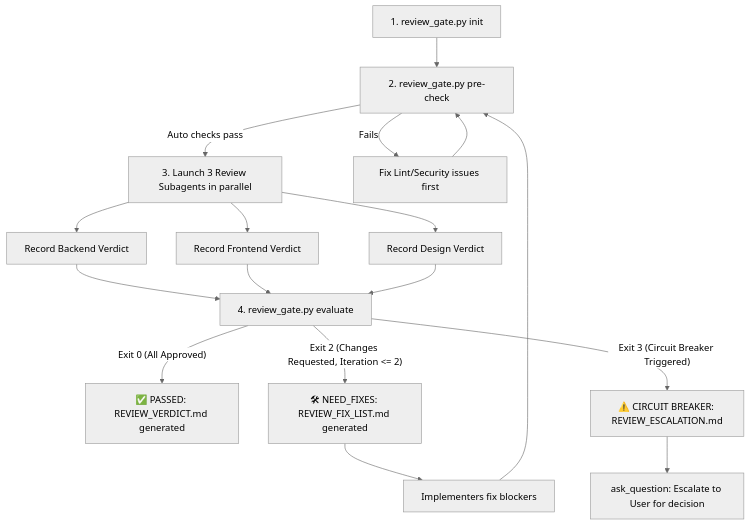
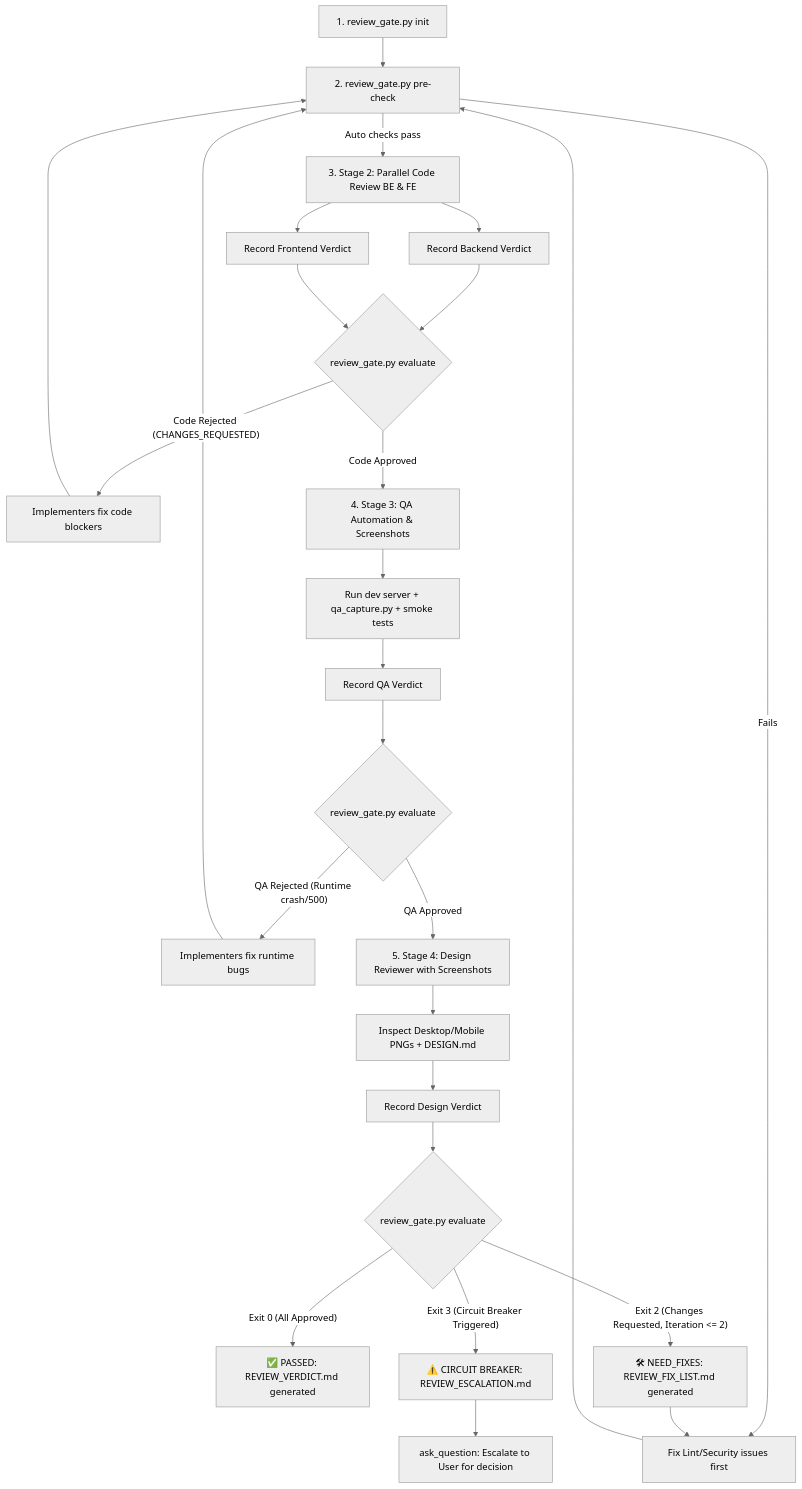
The diagram in .agents/workflows/review.md (rikwork/call-analyst), drawn with Mermaid (neutral theme) before and after one commit. The commit also changed other lines of this file and 4 other files, not shown here.

Commit message:
feat(review): implement staged 4-phase quality gate and visual capture

````diff
--- a/.agents/workflows/review.md
+++ b/.agents/workflows/review.md
@@ -28,23 +35,33 @@
 ```mermaid
 flowchart TD
     Init[1. review_gate.py init] --> PreCheck[2. review_gate.py pre-check]
-    PreCheck -- Auto checks pass --> Launch[3. Launch 3 Review Subagents in parallel]
+    PreCheck -- Auto checks pass --> CodeRev[3. Stage 2: Parallel Code Review BE & FE]
     PreCheck -- Fails --> FixAuto[Fix Lint/Security issues first]
     FixAuto --> PreCheck
 
-    Launch --> RecBE[Record Backend Verdict]
-    Launch --> RecFE[Record Frontend Verdict]
-    Launch --> RecDE[Record Design Verdict]
+    CodeRev --> RecBE[Record Backend Verdict]
+    CodeRev --> RecFE[Record Frontend Verdict]
 
-    RecBE --> Eval[4. review_gate.py evaluate]
-    RecFE --> Eval
-    RecDE --> Eval
-
-    Eval -- Exit 0 (All Approved) --> Done[✅ PASSED: REVIEW_VERDICT.md generated]
-    Eval -- Exit 2 (Changes Requested, Iteration <= 2) --> FixList[🛠 NEED_FIXES: REVIEW_FIX_LIST.md generated]
-    FixList --> FixCode[Implementers fix blockers]
+    RecBE & RecFE --> EvalCode{review_gate.py evaluate}
+    EvalCode -- Code Rejected (CHANGES_REQUESTED) --> FixCode[Implementers fix code blockers]
     FixCode --> PreCheck
 
-    Eval -- Exit 3 (Circuit Breaker Triggered) --> Escalate[⚠️ CIRCUIT BREAKER: REVIEW_ESCALATION.md]
+    EvalCode -- Code Approved --> QAStage[4. Stage 3: QA Automation & Screenshots]
+    QAStage --> QARun[Run dev server + qa_capture.py + smoke tests]
+    QARun --> RecQA[Record QA Verdict]
+
+    RecQA --> EvalQA{review_gate.py evaluate}
+    EvalQA -- QA Rejected (Runtime crash/500) --> FixQA[Implementers fix runtime bugs]
+    FixQA --> PreCheck
+
+    EvalQA -- QA Approved --> DesignStage[5. Stage 4: Design Reviewer with Screenshots]
+    DesignStage --> DesInspect[Inspect Desktop/Mobile PNGs + DESIGN.md]
+    DesInspect --> RecDesign[Record Design Verdict]
+
+    RecDesign --> EvalFinal{review_gate.py evaluate}
+    EvalFinal -- Exit 0 (All Approved) --> Done[✅ PASSED: REVIEW_VERDICT.md generated]
+    EvalFinal -- Exit 2 (Changes Requested, Iteration <= 2) --> FixList[🛠 NEED_FIXES: REVIEW_FIX_LIST.md generated]
+    FixList --> FixAuto
+    EvalFinal -- Exit 3 (Circuit Breaker Triggered) --> Escalate[⚠️ CIRCUIT BREAKER: REVIEW_ESCALATION.md]
     Escalate --> AskUser[ask_question: Escalate to User for decision]
 ```
````
